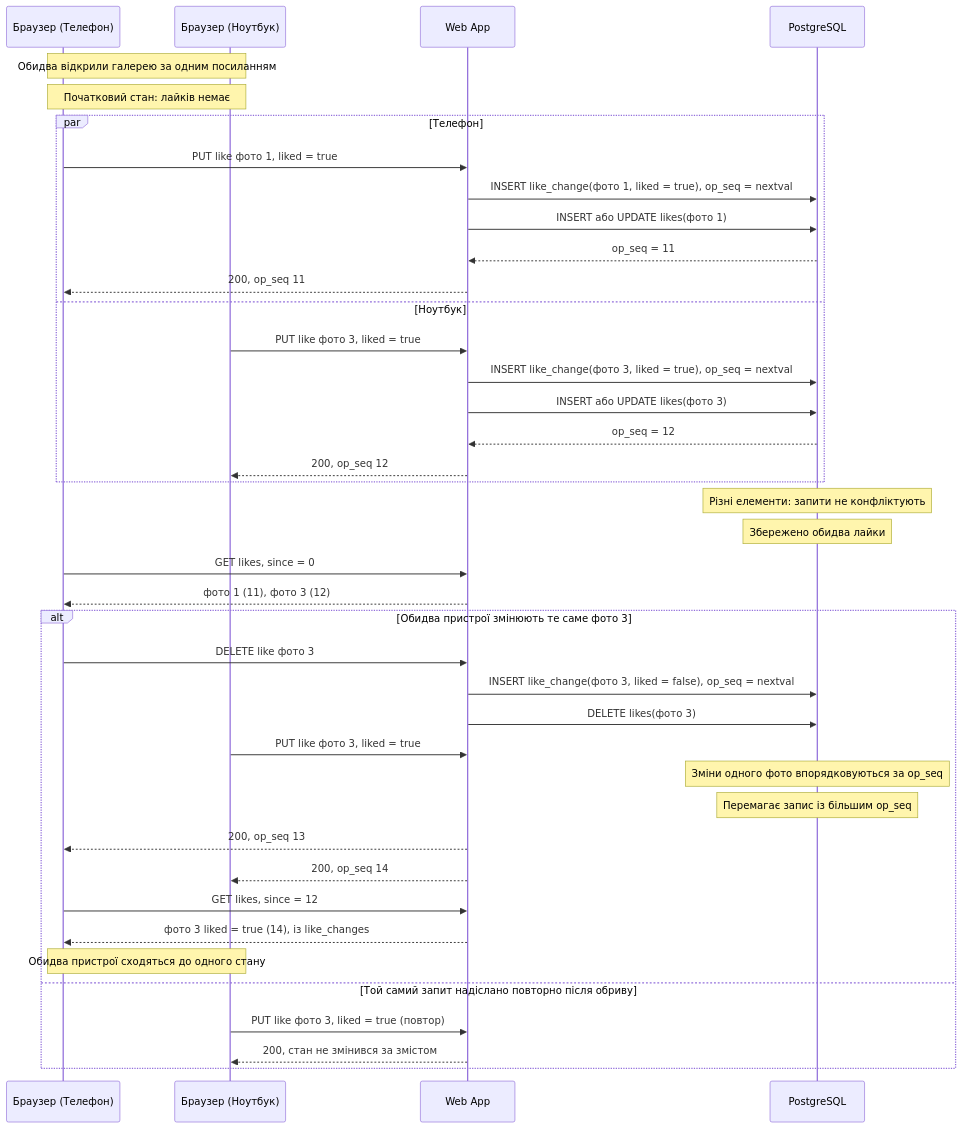
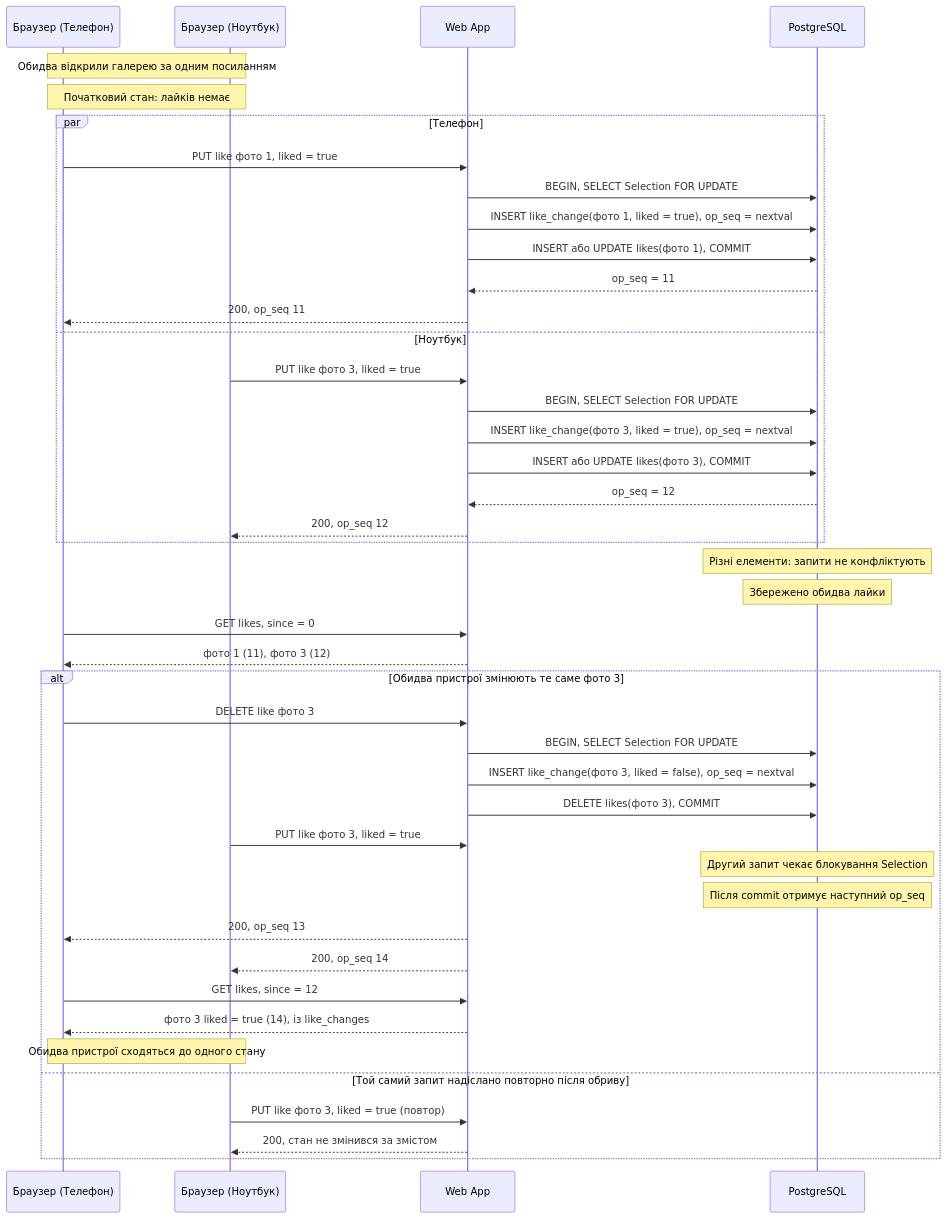
Before and after one commit to alonasaienko/picpick: the diagram in docs/06-concurrency/cs-302-LWW-element-set.md, drawn with Mermaid. The commit also changed other lines of this file, not shown here.

````diff
--- a/docs/06-concurrency/cs-302-LWW-element-set.md
+++ b/docs/06-concurrency/cs-302-LWW-element-set.md
@@ -27,43 +27,46 @@
 ```mermaid
 sequenceDiagram
     participant Phone as Браузер (Телефон)
     participant Laptop as Браузер (Ноутбук)
     participant API as Web App
     participant DB as PostgreSQL
 
     Note over Phone,Laptop: Обидва відкрили галерею за одним посиланням
     Note over Phone,Laptop: Початковий стан: лайків немає
     par Телефон
         Phone->>API: PUT like фото 1, liked = true
+        API->>DB: BEGIN, SELECT Selection FOR UPDATE
         API->>DB: INSERT like_change(фото 1, liked = true), op_seq = nextval
-        API->>DB: INSERT або UPDATE likes(фото 1)
+        API->>DB: INSERT або UPDATE likes(фото 1), COMMIT
         DB-->>API: op_seq = 11
         API-->>Phone: 200, op_seq 11
     and Ноутбук
         Laptop->>API: PUT like фото 3, liked = true
+        API->>DB: BEGIN, SELECT Selection FOR UPDATE
         API->>DB: INSERT like_change(фото 3, liked = true), op_seq = nextval
-        API->>DB: INSERT або UPDATE likes(фото 3)
+        API->>DB: INSERT або UPDATE likes(фото 3), COMMIT
         DB-->>API: op_seq = 12
         API-->>Laptop: 200, op_seq 12
     end
     Note over DB: Різні елементи: запити не конфліктують
     Note over DB: Збережено обидва лайки
     Phone->>API: GET likes, since = 0
     API-->>Phone: фото 1 (11), фото 3 (12)
     alt Обидва пристрої змінюють те саме фото 3
         Phone->>API: DELETE like фото 3
+        API->>DB: BEGIN, SELECT Selection FOR UPDATE
         API->>DB: INSERT like_change(фото 3, liked = false), op_seq = nextval
-        API->>DB: DELETE likes(фото 3)
+        API->>DB: DELETE likes(фото 3), COMMIT
         Laptop->>API: PUT like фото 3, liked = true
-        Note over DB: Зміни одного фото впорядковуються за op_seq
-        Note over DB: Перемагає запис із більшим op_seq
+        Note over DB: Другий запит чекає блокування Selection
+        Note over DB: Після commit отримує наступний op_seq
         API-->>Phone: 200, op_seq 13
         API-->>Laptop: 200, op_seq 14
         Phone->>API: GET likes, since = 12
         API-->>Phone: фото 3 liked = true (14), із like_changes
         Note over Phone,Laptop: Обидва пристрої сходяться до одного стану
     else Той самий запит надіслано повторно після обриву
         Laptop->>API: PUT like фото 3, liked = true (повтор)
         API-->>Laptop: 200, стан не змінився за змістом
     end
 ```
````
